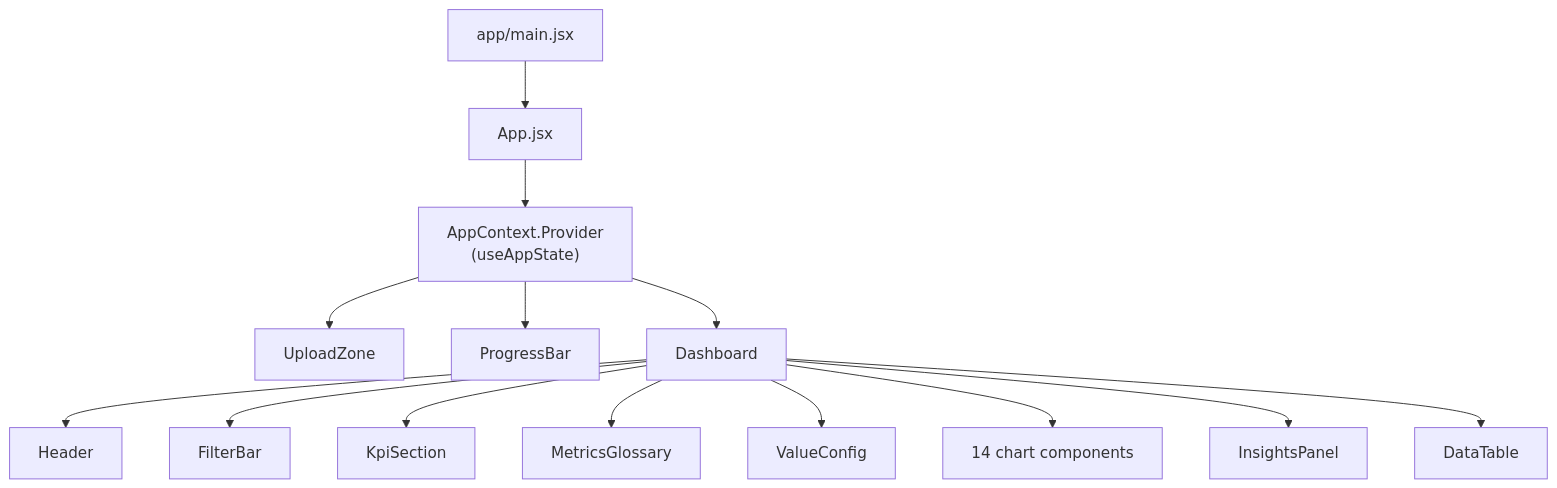
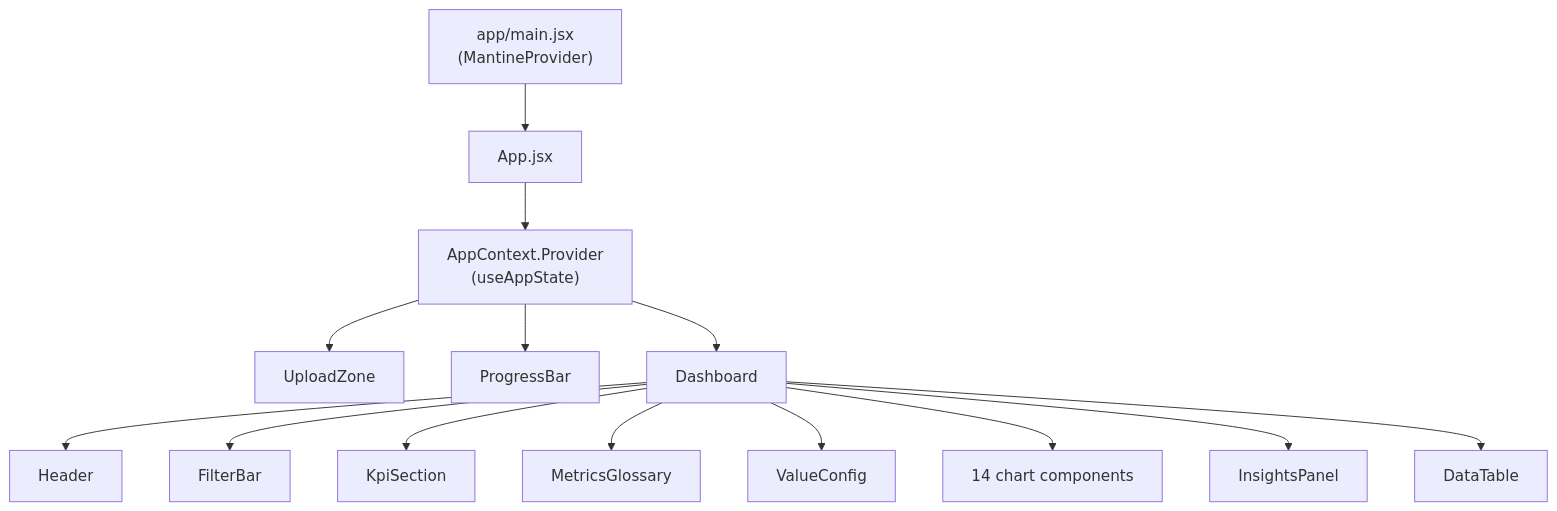
The third of 4 diagrams in docs/architecture.md (kinncj/GitHub-Copilot-Enterprise-Dashboard), drawn with Mermaid before and after one commit. The commit also changed other lines of this file and 4 other files, not shown here.

````diff
--- a/docs/architecture.md
+++ b/docs/architecture.md
@@ -71,17 +71,17 @@
 ```mermaid
 graph TD
-    main["app/main.jsx"] --> App["App.jsx"]
+    main["app/main.jsx\n(MantineProvider)"] --> App["App.jsx"]
     App --> CTX["AppContext.Provider\n(useAppState)"]
     CTX --> Upload["UploadZone"]
     CTX --> Progress["ProgressBar"]
     CTX --> Dashboard["Dashboard"]
 
     Dashboard --> Header
     Dashboard --> FilterBar
     Dashboard --> KpiSection
     Dashboard --> MetricsGlossary
     Dashboard --> ValueConfig
     Dashboard --> Charts["14 chart components"]
     Dashboard --> InsightsPanel
     Dashboard --> DataTable
 ```
````
